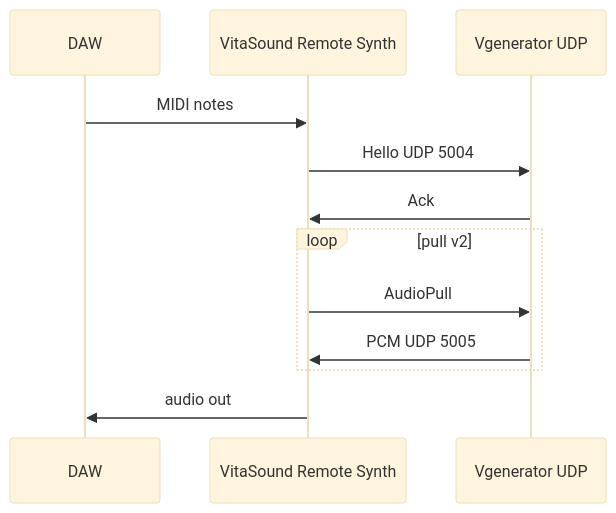
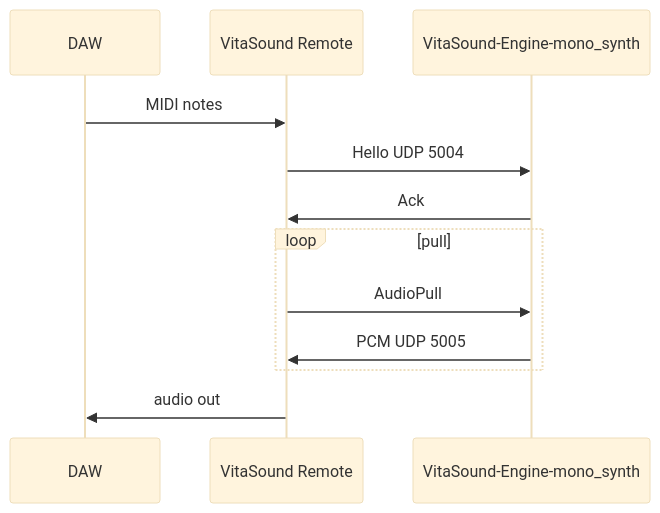
The second of 2 diagrams in ARCHITECTURE.md (VitaSound/hdl-modules), drawn with Mermaid (base theme) before and after one commit. The commit also changed other lines of this file and 46 other files, not shown here.

First line of the commit message:
Release 0.8.0: VitaSound engines naming, 48 kHz default, Remote VST.

````diff
--- a/ARCHITECTURE.md
+++ b/ARCHITECTURE.md
@@ -107,15 +110,15 @@
 ```mermaid
 sequenceDiagram
   participant DAW as DAW
-  participant VST as VitaSound Remote Synth
-  participant ENG as Vgenerator UDP
+  participant VST as VitaSound Remote
+  participant ENG as VitaSound-Engine-mono_synth
 
   DAW->>VST: MIDI notes
   VST->>ENG: Hello UDP 5004
   ENG->>VST: Ack
-  loop pull v2
+  loop pull
     VST->>ENG: AudioPull
     ENG->>VST: PCM UDP 5005
   end
   VST->>DAW: audio out
 ```
````
